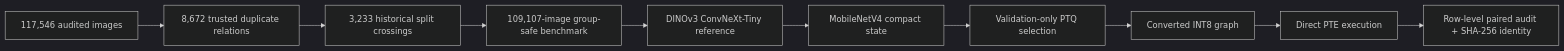
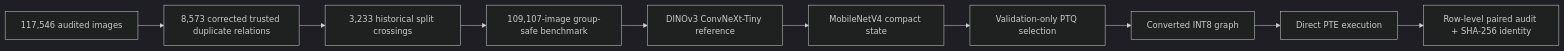
One commit to rana-m-ahmed/ResearchWork-CropCop changed the diagram in README.md. Above: the diagram before and after it, drawn with Mermaid (dark theme). The commit also changed other lines of this file and 8 other files, not shown here.

````diff
--- a/README.md
+++ b/README.md
@@ -72,12 +73,12 @@
 ```mermaid
 flowchart LR
-    A[117,546 audited images] --> B[8,672 trusted duplicate relations]
+    A[117,546 audited images] --> B[8,573 corrected trusted duplicate relations]
     B --> C[3,233 historical split crossings]
     C --> D[109,107-image group-safe benchmark]
     D --> E[DINOv3 ConvNeXt-Tiny reference]
     E --> F[MobileNetV4 compact state]
     F --> G[Validation-only PTQ selection]
     G --> H[Converted INT8 graph]
     H --> I[Direct PTE execution]
     I --> J[Row-level paired audit + SHA-256 identity]
 ```
````
